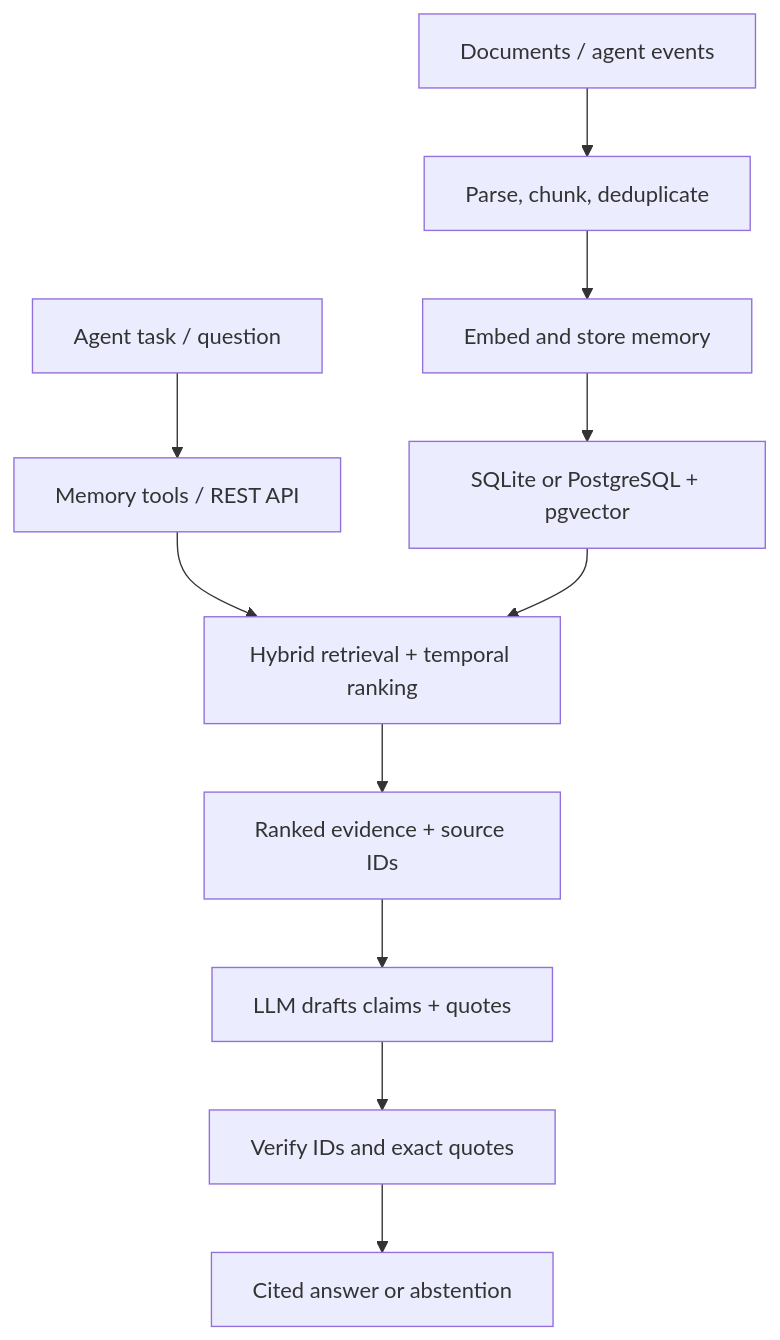
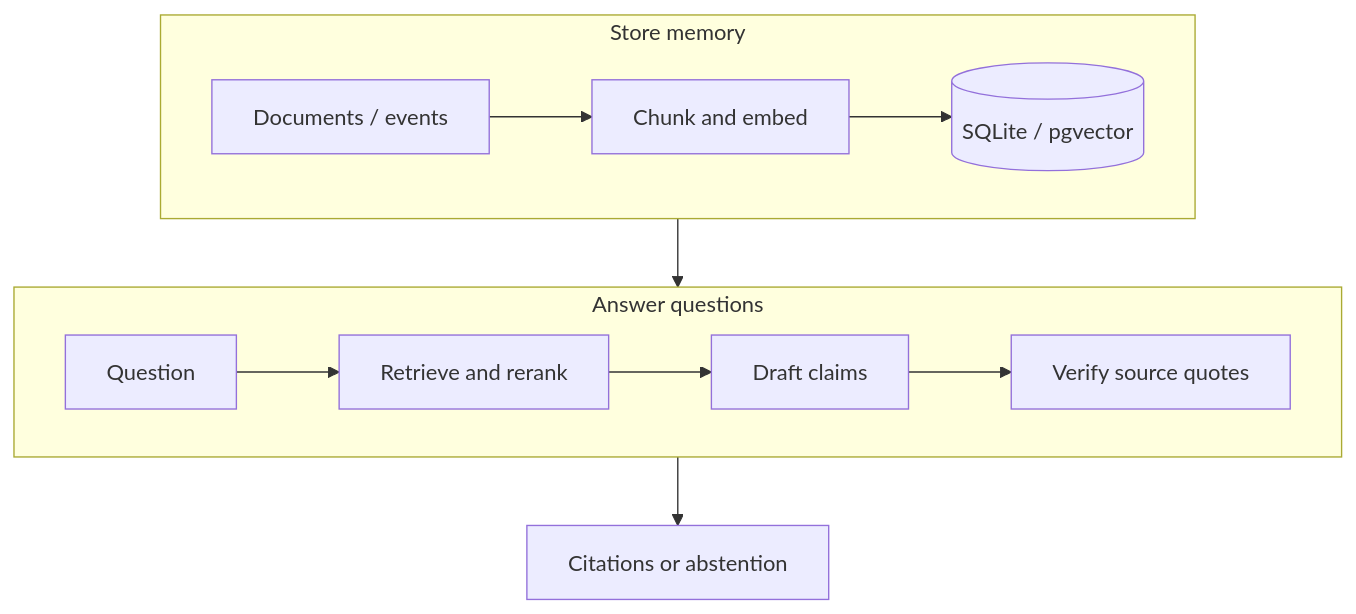
One commit to szechung2000/agent-memory changed the diagram in README.md. Above: the diagram before and after it, drawn with Mermaid. The commit also changed other lines of this file and 4 other files, not shown here.

Commit message:
Add offline CMBS RAG interview explorer and compact architecture diagram (#26)

````diff
--- a/README.md
+++ b/README.md
@@ -68,13 +86,13 @@
 ```mermaid
 flowchart TD
-    A["Documents / agent events"] --> B["Parse, chunk, deduplicate"]
-    B --> C["Embed and store memory"]
-    C --> D["SQLite or PostgreSQL + pgvector"]
-    E["Agent task / question"] --> F["Memory tools / REST API"]
-    F --> G["Hybrid retrieval + temporal ranking"]
-    D --> G
-    G --> H["Ranked evidence + source IDs"]
-    H --> I["LLM drafts claims + quotes"]
-    I --> J["Verify IDs and exact quotes"]
-    J --> K["Cited answer or abstention"]
+    subgraph STORE["Store memory"]
+        direction LR
+        A["Documents / events"] --> B["Chunk and embed"] --> C[("SQLite / pgvector")]
+    end
+    subgraph ANSWER["Answer questions"]
+        direction LR
+        D["Question"] --> E["Retrieve and rerank"] --> F["Draft claims"] --> G["Verify source quotes"]
+    end
+    C --> E
+    G --> H["Citations or abstention"]
 ```
````
